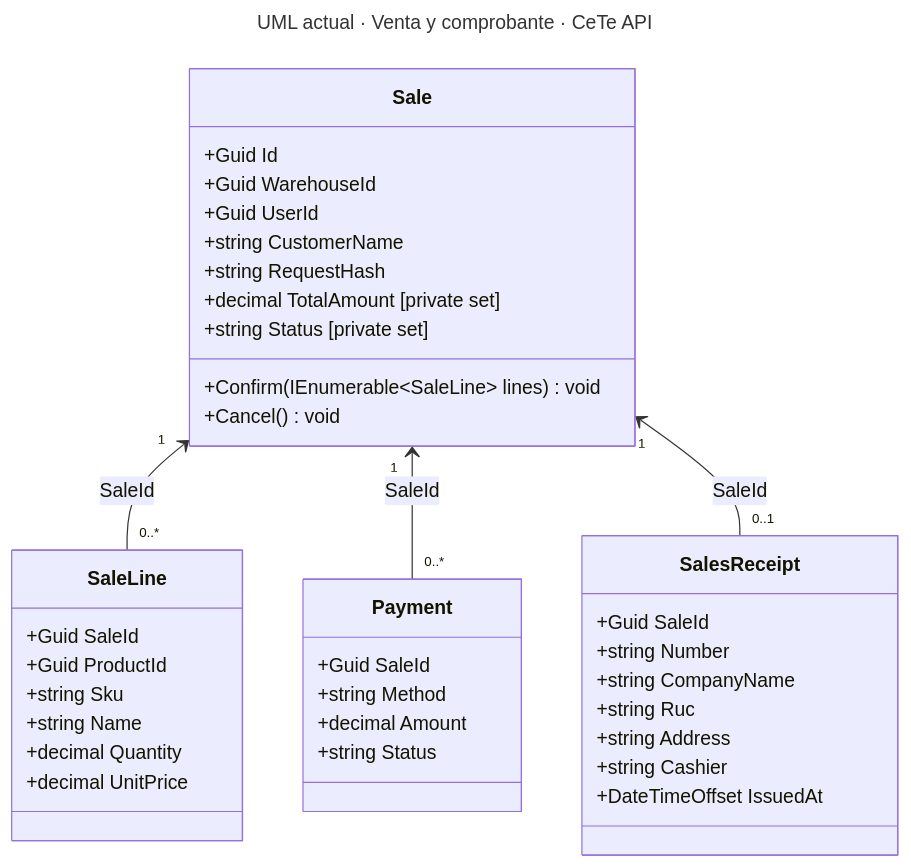
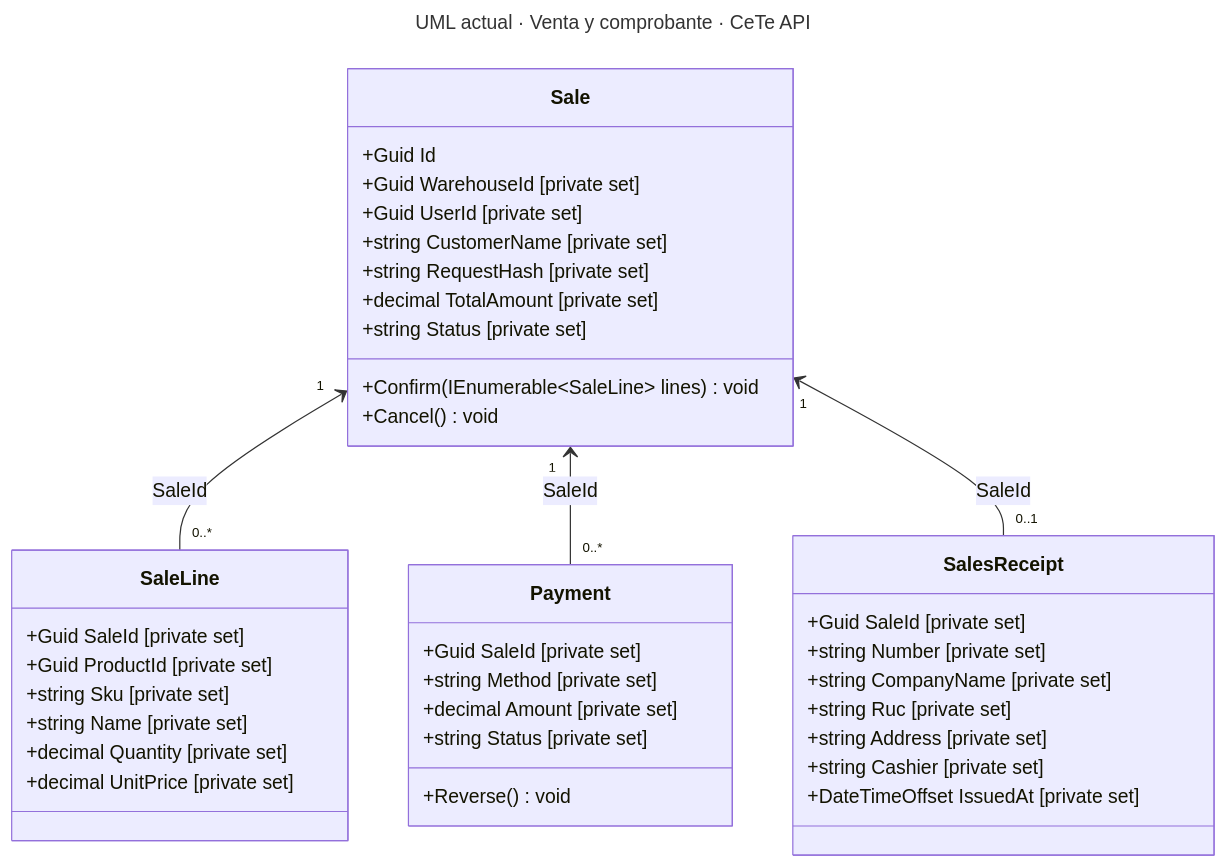
One commit to Nexxus-ops/Report-CeTe changed the diagram in diagrams/classes-sales.mmd. Above: the diagram before and after it, drawn with Mermaid. The commit also changed 34 other files, not shown here.

Commit message:
docs(architecture): align report with deployed DDD contexts

```diff
--- a/diagrams/classes-sales.mmd
+++ b/diagrams/classes-sales.mmd
@@ -1,41 +1,42 @@
 ---
 title: UML actual · Venta y comprobante · CeTe API
 ---
 classDiagram
   class Sale {
     +Guid Id
-    +Guid WarehouseId
-    +Guid UserId
-    +string CustomerName
-    +string RequestHash
+    +Guid WarehouseId [private set]
+    +Guid UserId [private set]
+    +string CustomerName [private set]
+    +string RequestHash [private set]
     +decimal TotalAmount [private set]
     +string Status [private set]
     +Confirm(IEnumerable~SaleLine~ lines) void
     +Cancel() void
   }
   class SaleLine {
-    +Guid SaleId
-    +Guid ProductId
-    +string Sku
-    +string Name
-    +decimal Quantity
-    +decimal UnitPrice
+    +Guid SaleId [private set]
+    +Guid ProductId [private set]
+    +string Sku [private set]
+    +string Name [private set]
+    +decimal Quantity [private set]
+    +decimal UnitPrice [private set]
   }
   class Payment {
-    +Guid SaleId
-    +string Method
-    +decimal Amount
-    +string Status
+    +Guid SaleId [private set]
+    +string Method [private set]
+    +decimal Amount [private set]
+    +string Status [private set]
+    +Reverse() void
   }
   class SalesReceipt {
-    +Guid SaleId
-    +string Number
-    +string CompanyName
-    +string Ruc
-    +string Address
-    +string Cashier
-    +DateTimeOffset IssuedAt
+    +Guid SaleId [private set]
+    +string Number [private set]
+    +string CompanyName [private set]
+    +string Ruc [private set]
+    +string Address [private set]
+    +string Cashier [private set]
+    +DateTimeOffset IssuedAt [private set]
   }
   Sale "1" <-- "0..*" SaleLine : SaleId
   Sale "1" <-- "0..*" Payment : SaleId
   Sale "1" <-- "0..1" SalesReceipt : SaleId
```
